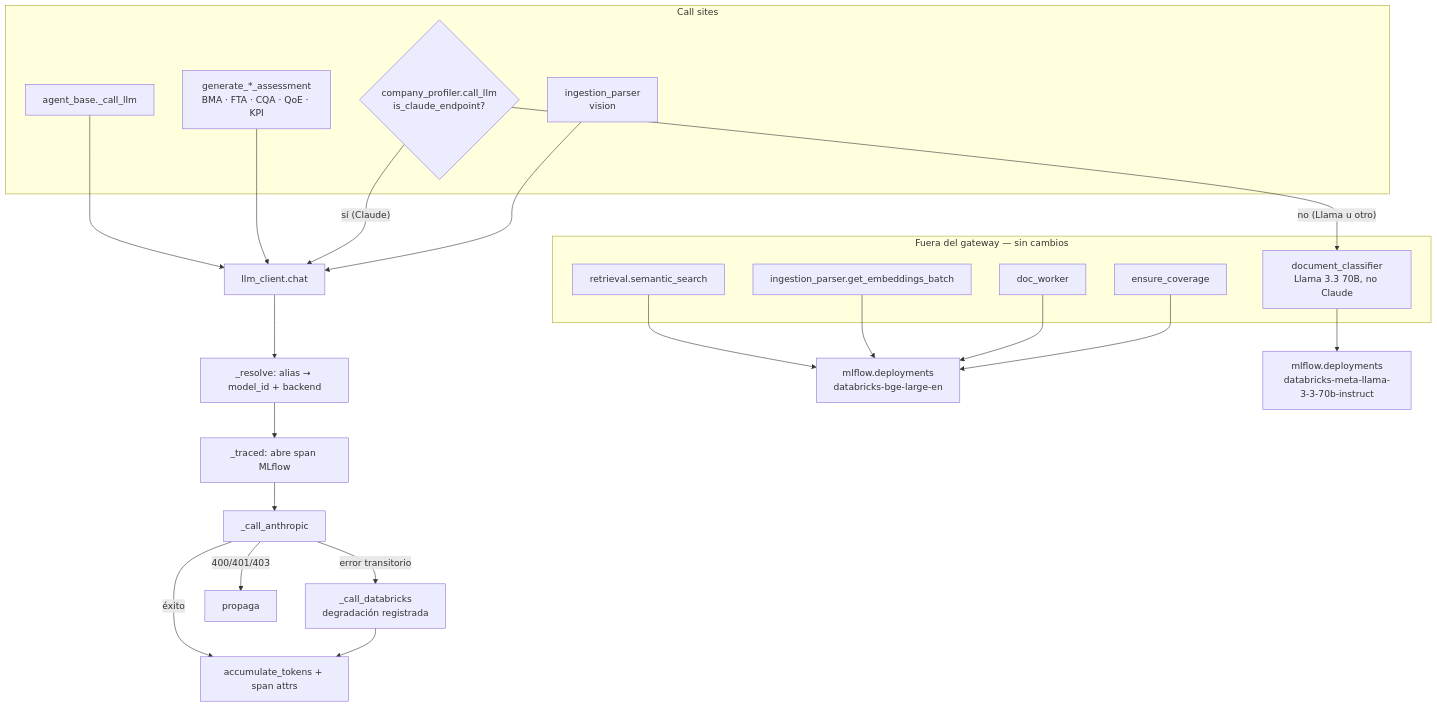
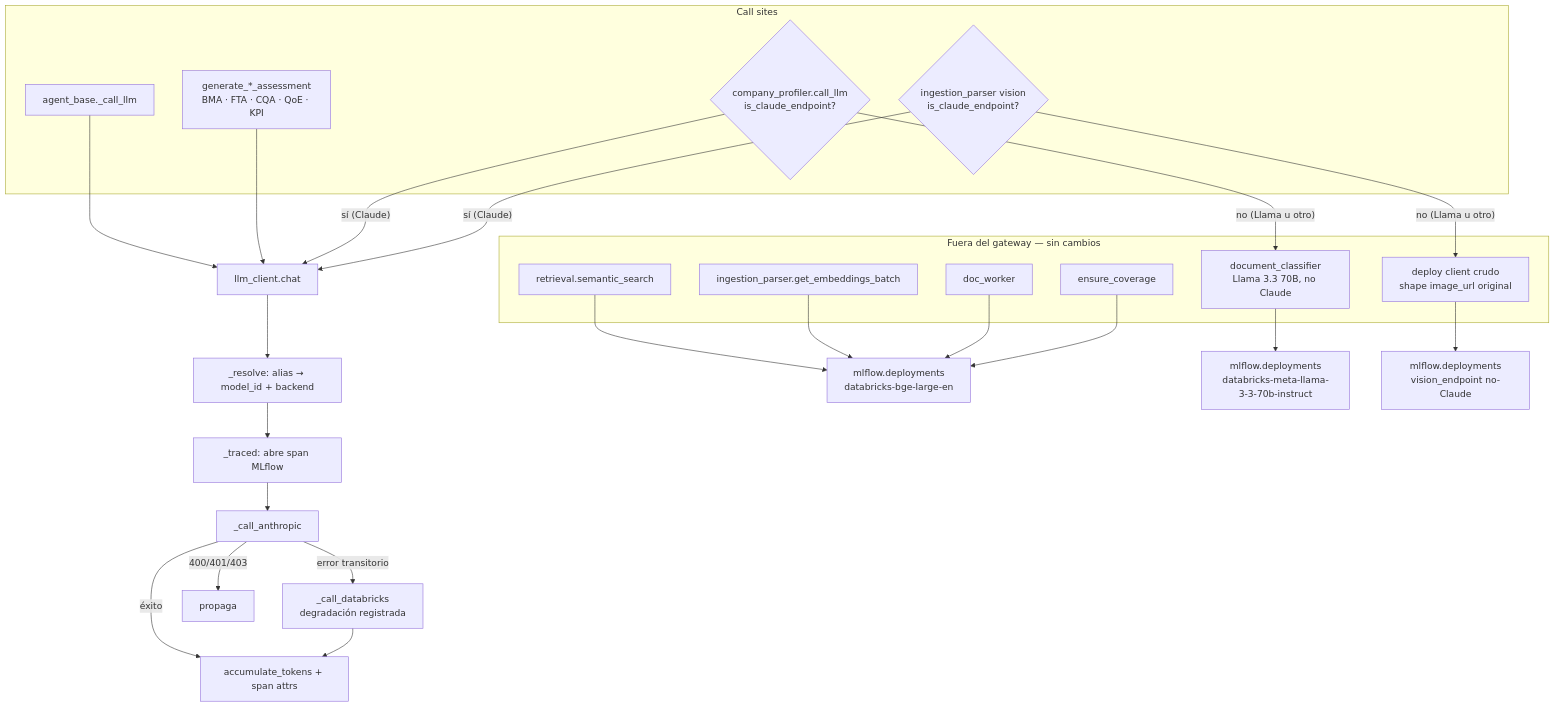
Before and after one commit to alegarayf/uc-13-ale: the diagram in .specs/features/anthropic-sdk-migration/design.md, drawn with Mermaid. The commit also changed other lines of this file and 5 other files, not shown here.

First line of the commit message:
refactor(parser): route vision extraction through the LLM gateway conditionally

````diff
--- a/.specs/features/anthropic-sdk-migration/design.md
+++ b/.specs/features/anthropic-sdk-migration/design.md
@@ -33,36 +35,39 @@
 ```mermaid
 graph TD
     subgraph Call sites
         A1[agent_base._call_llm]
         A2["generate_*_assessment<br/>BMA · FTA · CQA · QoE · KPI"]
         A4{"company_profiler.call_llm<br/>is_claude_endpoint?"}
-        A5["ingestion_parser<br/>vision"]
+        A5{"ingestion_parser vision<br/>is_claude_endpoint?"}
     end
 
     A1 --> GW[llm_client.chat]
     A2 --> GW
     A4 -- "sí (Claude)" --> GW
-    A5 --> GW
+    A5 -- "sí (Claude)" --> GW
 
     GW --> RES[_resolve: alias → model_id + backend]
     RES --> SPAN[_traced: abre span MLflow]
     SPAN --> ANT[_call_anthropic]
     ANT -- éxito --> ACC[accumulate_tokens + span attrs]
     ANT -- error transitorio --> FB["_call_databricks<br/>degradación registrada"]
     ANT -- 400/401/403 --> RAISE[propaga]
     FB --> ACC
 
     subgraph "Fuera del gateway — sin cambios"
         E1[retrieval.semantic_search]
         E2[ingestion_parser.get_embeddings_batch]
         E3[doc_worker]
         E4[ensure_coverage]
         E5["document_classifier<br/>Llama 3.3 70B, no Claude"]
+        E6["deploy client crudo<br/>shape image_url original"]
     end
     A4 -- "no (Llama u otro)" --> E5
+    A5 -- "no (Llama u otro)" --> E6
     E1 --> DEP["mlflow.deployments<br/>databricks-bge-large-en"]
     E2 --> DEP
     E3 --> DEP
     E4 --> DEP
     E5 --> DEP2["mlflow.deployments<br/>databricks-meta-llama-3-3-70b-instruct"]
+    E6 --> DEP3["mlflow.deployments<br/>vision_endpoint no-Claude"]
 ```
````
